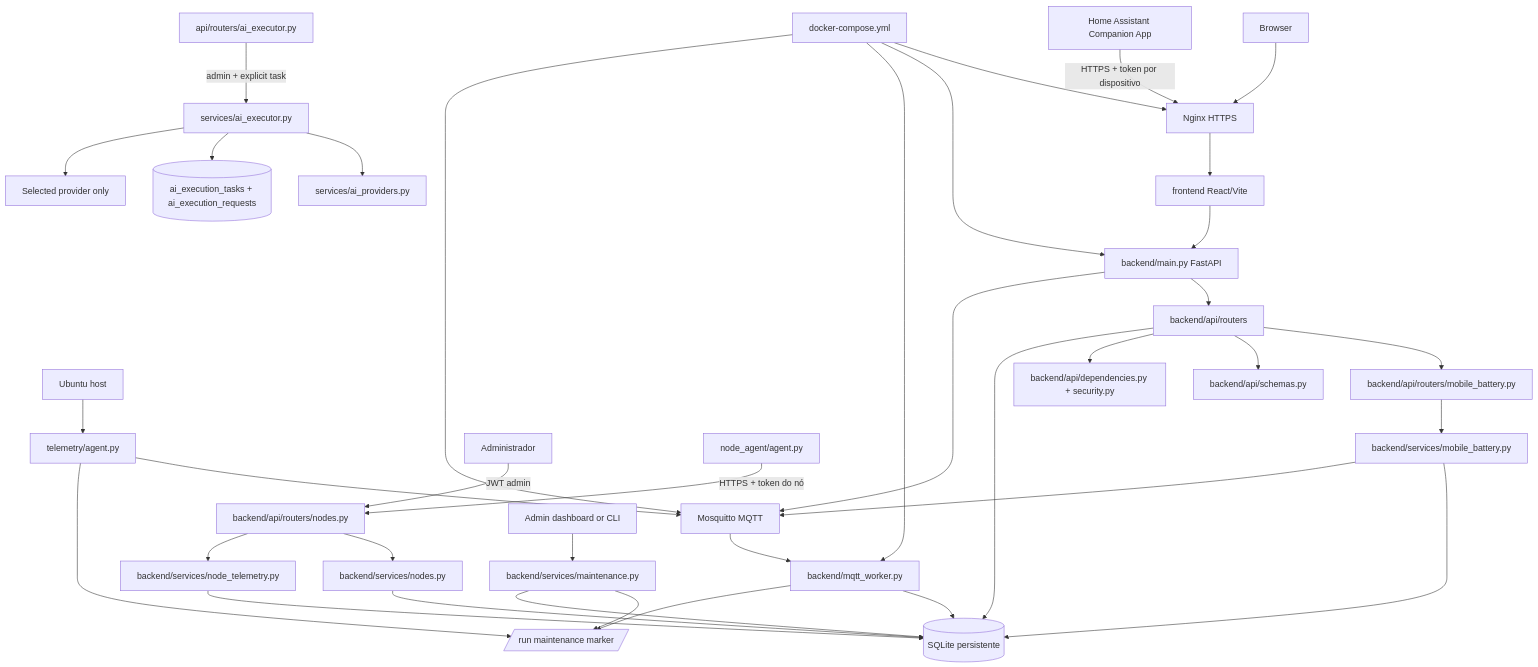
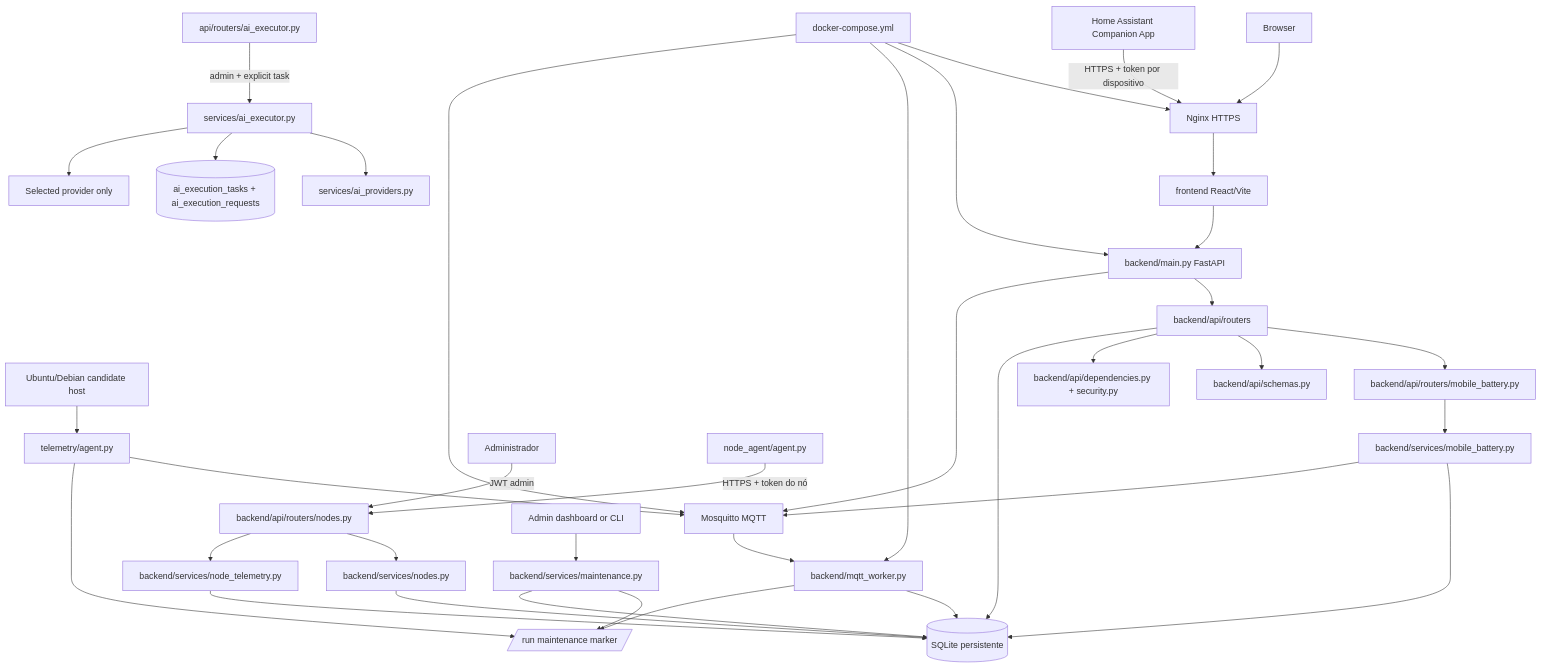
The first of 2 diagrams in docs/MODULE_MAP.md (astec10/nivus-edge-node), drawn with Mermaid before and after one commit. The commit also changed 21 other files, not shown here.

````diff
--- a/docs/MODULE_MAP.md
+++ b/docs/MODULE_MAP.md
@@ -7,39 +7,39 @@
 ```mermaid
 flowchart TD
-  Host[Ubuntu host] --> Agent[telemetry/agent.py]
+  Host[Ubuntu/Debian candidate host] --> Agent[telemetry/agent.py]
   Agent --> MQTT[Mosquitto MQTT]
   MQTT --> Worker[backend/mqtt_worker.py]
   Worker --> DB[(SQLite persistente)]
   Browser[Browser] --> Nginx[Nginx HTTPS]
   Nginx --> UI[frontend React/Vite]
   UI --> API[backend/main.py FastAPI]
   API --> Routers[backend/api/routers]
   Phone[Home Assistant Companion App] -->|HTTPS + token por dispositivo| Nginx
   Routers --> BatteryRouter[backend/api/routers/mobile_battery.py]
   BatteryRouter --> BatteryService[backend/services/mobile_battery.py]
   BatteryService --> DB
   BatteryService --> MQTT
   Admin[Administrador] -->|JWT admin| NodesRouter[backend/api/routers/nodes.py]
   NodeAgent[node_agent/agent.py] -->|HTTPS + token do nó| NodesRouter
   NodesRouter --> NodesService[backend/services/nodes.py]
   NodesRouter --> NodeTelemetryService[backend/services/node_telemetry.py]
   NodesService --> DB
   NodeTelemetryService --> DB
   Routers --> Schemas[backend/api/schemas.py]
   Routers --> Auth[backend/api/dependencies.py + security.py]
   Routers --> DB
   AIExecutor[api/routers/ai_executor.py] -->|admin + explicit task| Inference[services/ai_executor.py]
   Inference --> ProviderProfiles[services/ai_providers.py]
   Inference --> ExecutorLedger[(ai_execution_tasks + ai_execution_requests)]
   Inference --> SelectedProvider[Selected provider only]
   API --> MQTT
   Operator[Admin dashboard or CLI] --> Maintenance[backend/services/maintenance.py]
   Maintenance --> State[/run maintenance marker/]
   Maintenance --> DB
   Agent[telemetry/agent.py] --> State
   Worker[backend/mqtt_worker.py] --> State
   Compose[docker-compose.yml] --> Nginx
   Compose --> API
   Compose --> Worker
   Compose --> MQTT
 ```
````
